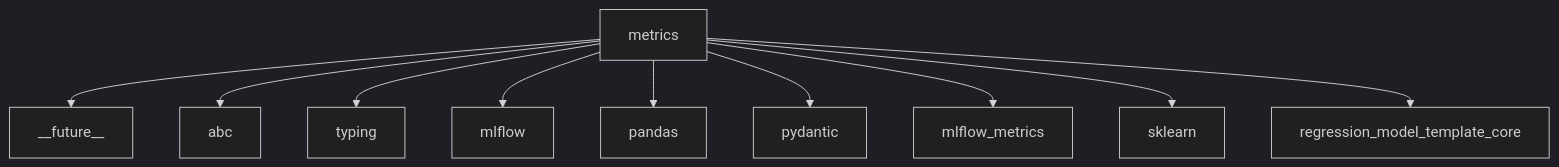
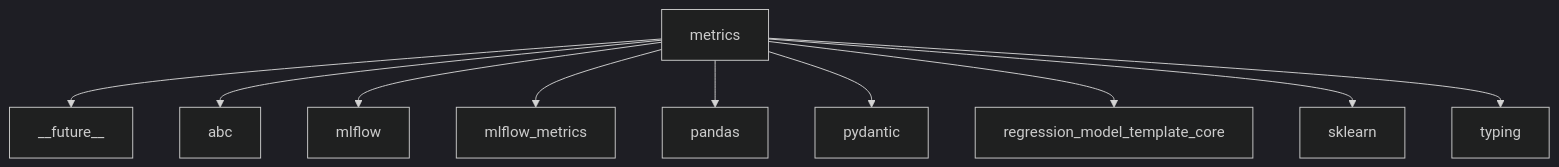
Before and after one commit to lgcorzo/mlops-python-package: the second of 2 diagrams in wiki/metrics.md, drawn with Mermaid (dark theme). The commit also changed other lines of this file and 31 other files, not shown here.

````diff
--- a/wiki/metrics.md
+++ b/wiki/metrics.md
@@ -40,12 +40,13 @@
 ```mermaid
 flowchart TD
+
     metrics --> __future__
     metrics --> abc
-    metrics --> typing
     metrics --> mlflow
+    metrics --> mlflow_metrics
     metrics --> pandas
     metrics --> pydantic
-    metrics --> mlflow_metrics
+    metrics --> regression_model_template_core
     metrics --> sklearn
-    metrics --> regression_model_template_core
+    metrics --> typing
 ```
````
